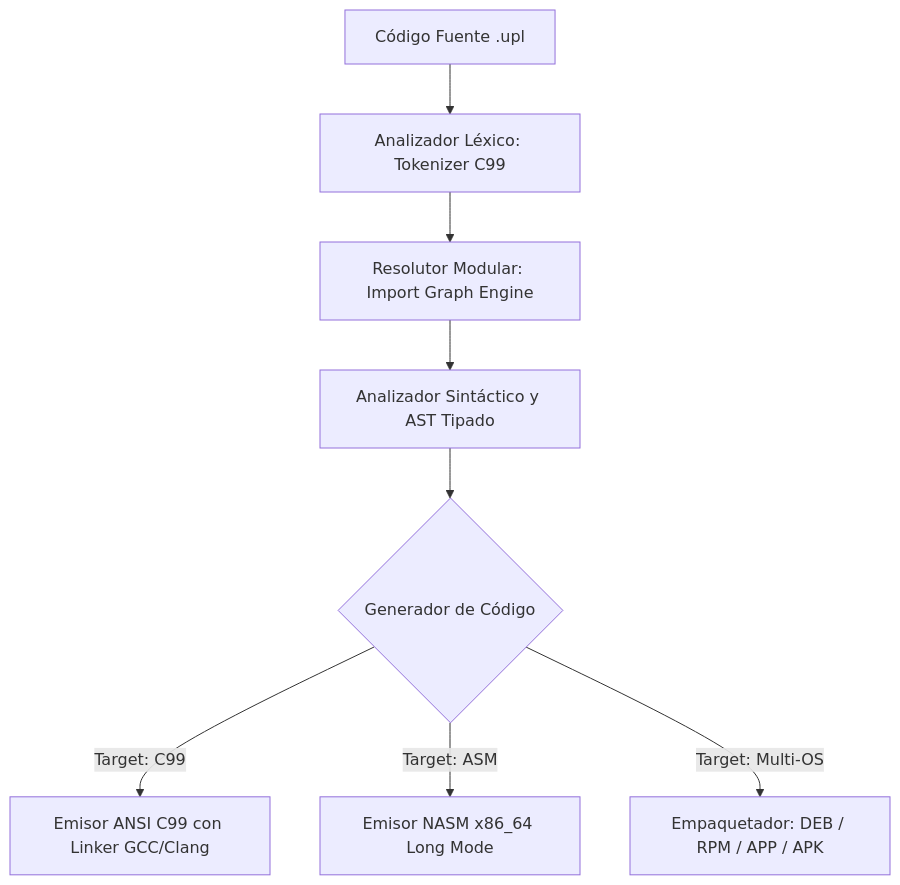
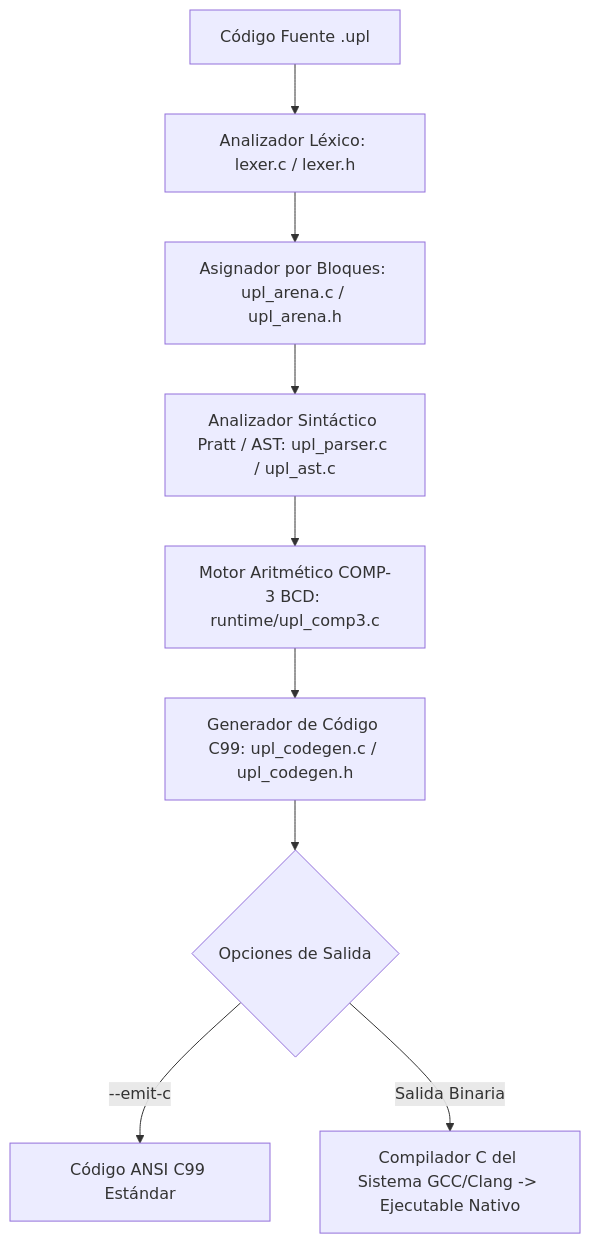
Before and after one commit to cyberenigma-lgtm/UNIVERSAL-POLYGLOT-LAYER-UPL: the diagram in wiki/es/COMPILADOR_Y_ARQUITECTURA.md, drawn with Mermaid. The commit also changed other lines of this file and 71 other files, not shown here.

````diff
--- a/wiki/es/COMPILADOR_Y_ARQUITECTURA.md
+++ b/wiki/es/COMPILADOR_Y_ARQUITECTURA.md
@@ -10,10 +10,11 @@
 ```mermaid
 graph TD
-    A[Código Fuente .upl] --> B[Analizador Léxico: Tokenizer C99]
-    B --> C[Resolutor Modular: Import Graph Engine]
-    C --> D[Analizador Sintáctico y AST Tipado]
-    D --> E{Generador de Código}
-    E -->|Target: C99| F[Emisor ANSI C99 con Linker GCC/Clang]
-    E -->|Target: ASM| G[Emisor NASM x86_64 Long Mode]
-    E -->|Target: Multi-OS| H[Empaquetador: DEB / RPM / APP / APK]
+    A[Código Fuente .upl] --> B[Analizador Léxico: lexer.c / lexer.h]
+    B --> C[Asignador por Bloques: upl_arena.c / upl_arena.h]
+    C --> D[Analizador Sintáctico Pratt / AST: upl_parser.c / upl_ast.c]
+    D --> E[Motor Aritmético COMP-3 BCD: runtime/upl_comp3.c]
+    E --> F[Generador de Código C99: upl_codegen.c / upl_codegen.h]
+    F --> G{Opciones de Salida}
+    G -->|--emit-c| H[Código ANSI C99 Estándar]
+    G -->|Salida Binaria| I[Compilador C del Sistema GCC/Clang -> Ejecutable Nativo]
 ```
````
